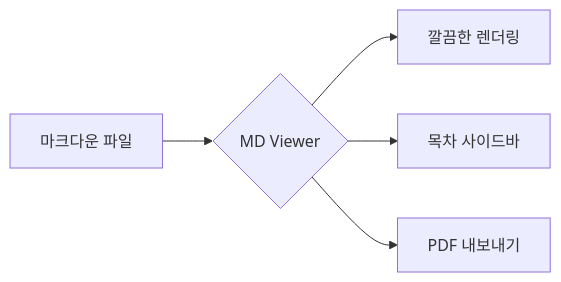
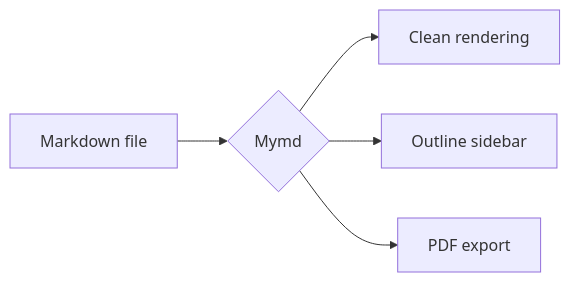
Before and after one commit to yssyss2323/md-viewer: the diagram in sample.md, drawn with Mermaid. The commit also changed other lines of this file and 7 other files, not shown here.

````diff
--- a/sample.md
+++ b/sample.md
@@ -72,7 +72,7 @@
 ```mermaid
 graph LR
-    A[마크다운 파일] --> B{MD Viewer}
-    B --> C[깔끔한 렌더링]
-    B --> D[목차 사이드바]
-    B --> E[PDF 내보내기]
+    A[Markdown file] --> B{Mymd}
+    B --> C[Clean rendering]
+    B --> D[Outline sidebar]
+    B --> E[PDF export]
 ```
````
